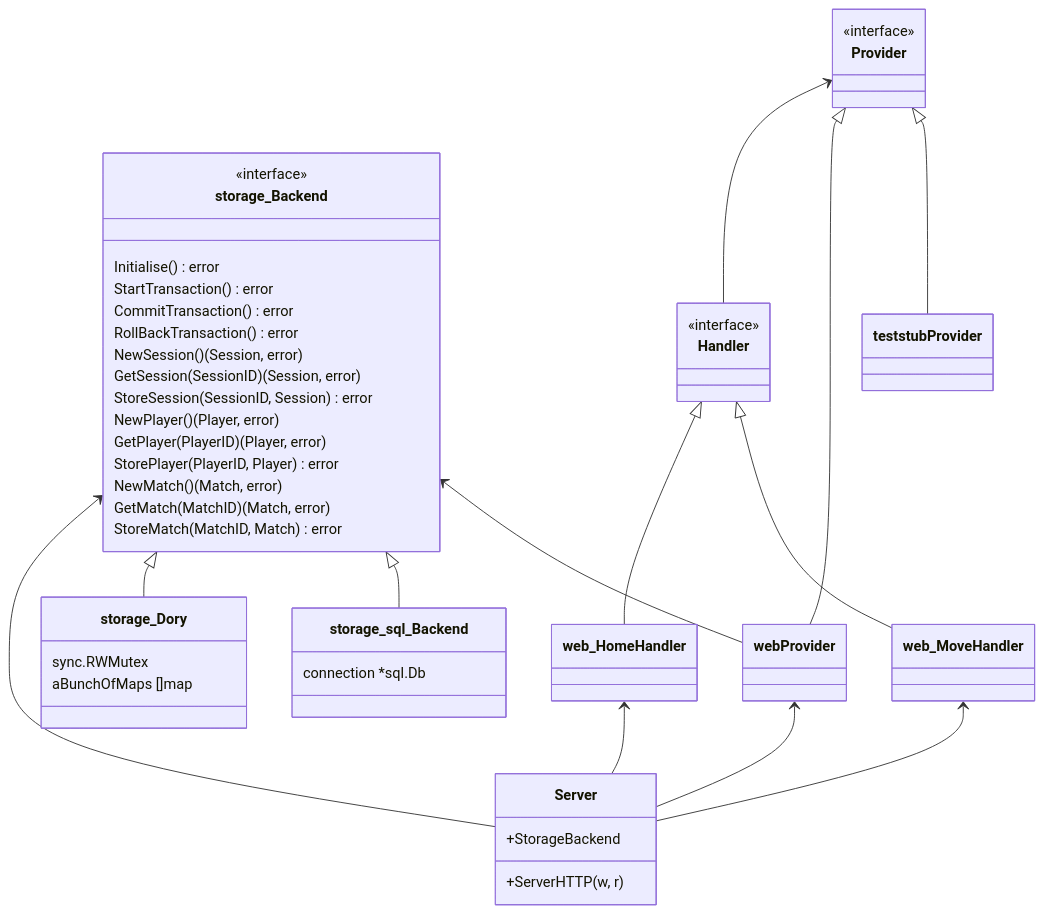
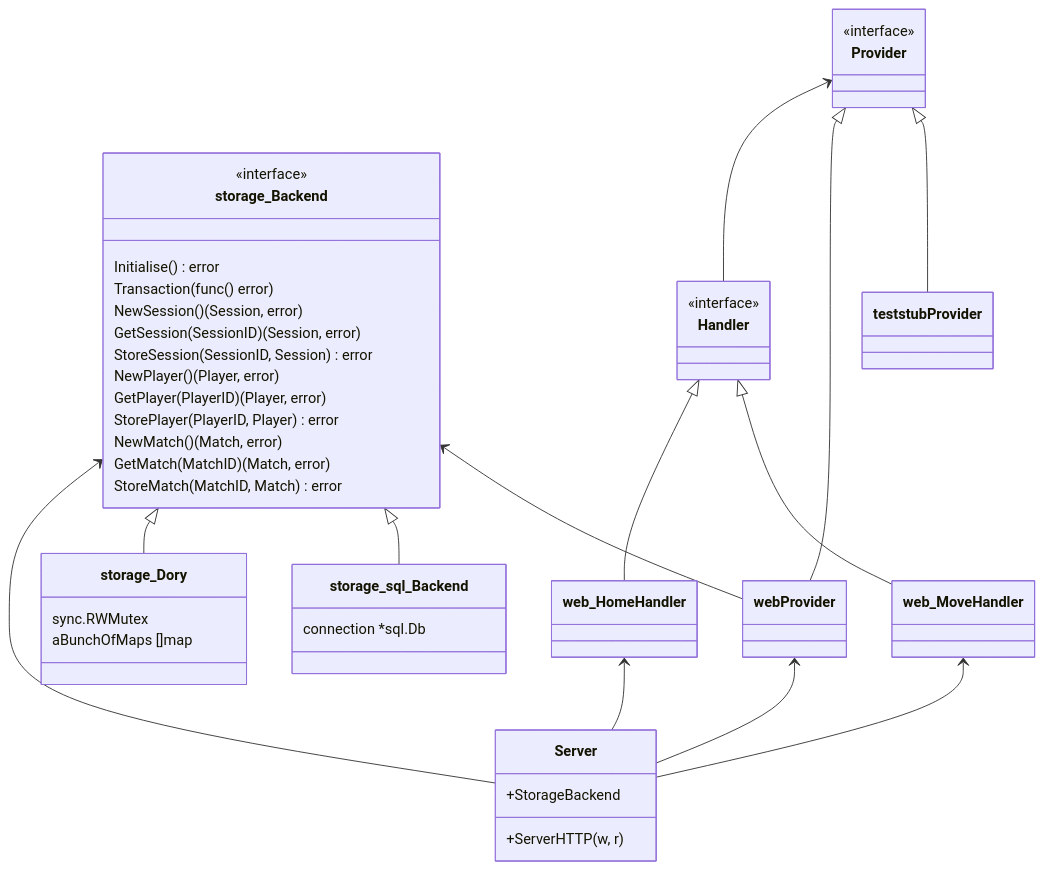
Before and after one commit to thijzert/chesseract: the diagram in doc/domain-model/web-plumbing.mermaid, drawn with Mermaid. The commit also changed 10 other files, not shown here.

```diff
--- a/doc/domain-model/web-plumbing.mermaid
+++ b/doc/domain-model/web-plumbing.mermaid
@@ -1,76 +1,74 @@
 classDiagram
 
 	class Server {
 		+StorageBackend
 		+ServerHTTP(w, r)
 	}
 
 	storage_Backend <-- Server
 
 	class storage_Backend {
 		<<interface>>
 
 		Initialise() error
 
-		StartTransaction() error
-		CommitTransaction() error
-		RollBackTransaction() error
+		Transaction(func() error)
 
 		NewSession() (Session, error)
 		GetSession(SessionID) (Session, error)
 		StoreSession(SessionID, Session) error
 
 		NewPlayer() (Player, error)
 		GetPlayer(PlayerID) (Player, error)
 		StorePlayer(PlayerID, Player) error
 
 		NewMatch() (Match, error)
 		GetMatch(MatchID) (Match, error)
 		StoreMatch(MatchID, Match) error
 	}
 
 	class storage_Dory {
 		sync.RWMutex
 		aBunchOfMaps []map
 	}
 	class storage_sql_Backend {
 		connection *sql.Db
 	}
 
 	storage_Backend <|-- storage_Dory
 	storage_Backend <|-- storage_sql_Backend
 
 
 	class Handler {
 		<<interface>>
 	}
 
 	class web_HomeHandler {
 	}
 	class web_MoveHandler {
 	}
 
 	Handler <|-- web_HomeHandler
 	Handler <|-- web_MoveHandler
 
 	web_HomeHandler <-- Server
 	web_MoveHandler <-- Server
 
 
 	class Provider {
 		<<interface>>
 	}
 
 	Provider <-- Handler
 
 	class webProvider {
 	}
 	class teststubProvider {
 	}
 
 	Provider <|-- webProvider
 	Provider <|-- teststubProvider
 
 	storage_Backend <-- webProvider
 
 	webProvider <-- Server
```
